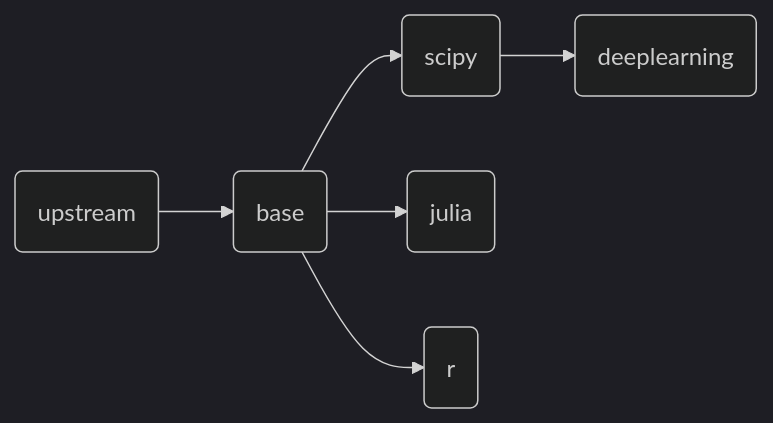
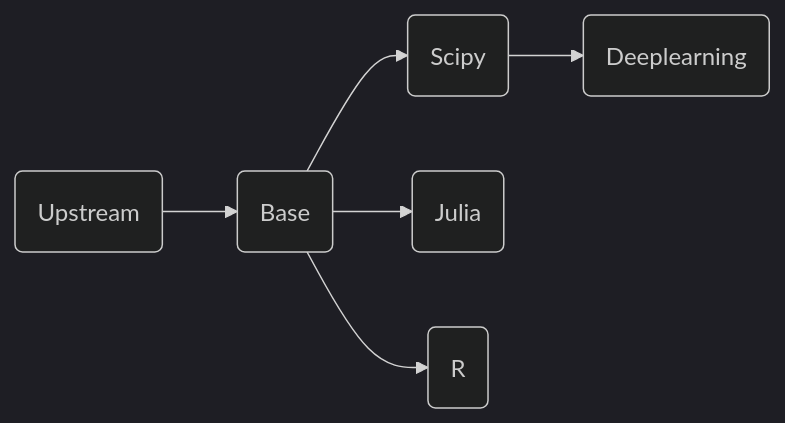
Before and after one commit to ben0i0d/jupyter-image-stacks: the diagram in README.md, drawn with Mermaid (dark theme).

Commit message:
更新 README.md

````diff
--- a/README.md
+++ b/README.md
@@ -14,7 +14,7 @@
 ```mermaid
 graph LR
-A(upstream)-->B(base)
-B-->C(scipy)-->D(deeplearning)	
-B-->E(julia)
-B-->F(r)
+A(Upstream)-->B(Base)
+B-->C(Scipy)-->D(Deeplearning)	
+B-->E(Julia)
+B-->F(R)
 ```  
````
